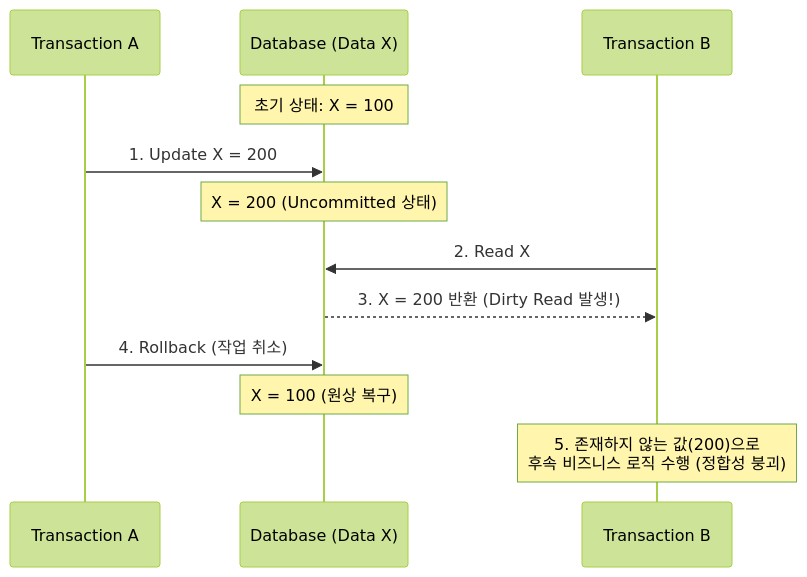
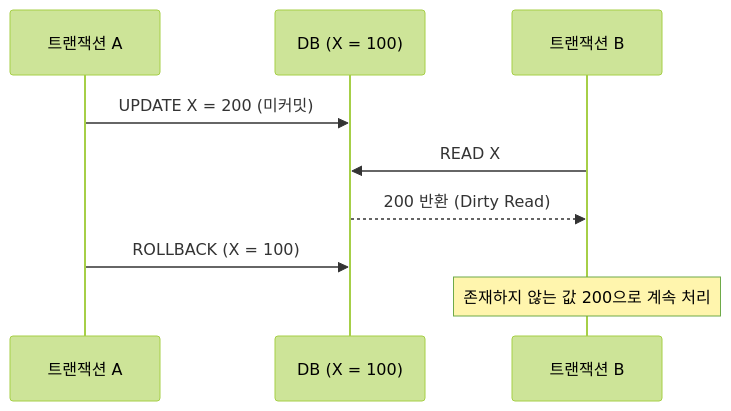
One commit to supremethumb/supremethumb.github.io changed the diagram in content/01_IT Tech/Dirty Read.md. Above: the diagram before and after it, drawn with Mermaid (forest theme). The commit also changed other lines of this file and 1087 other files, not shown here.

````diff
--- a/content/01_IT Tech/Dirty Read.md
+++ b/content/01_IT Tech/Dirty Read.md
@@ -26,19 +35,11 @@
 ```mermaid
 sequenceDiagram
-    participant T1 as Transaction A
-    participant DB as Database (Data X)
-    participant T2 as Transaction B
-
-    Note over DB: 초기 상태: X = 100
-    T1->>DB: 1. Update X = 200
-    Note over DB: X = 200 (Uncommitted 상태)
-    
-    T2->>DB: 2. Read X
-    DB-->>T2: 3. X = 200 반환 (Dirty Read 발생!)
-    
-    T1->>DB: 4. Rollback (작업 취소)
-    Note over DB: X = 100 (원상 복구)
-    
-    Note over T2: 5. 존재하지 않는 값(200)으로<br/>후속 비즈니스 로직 수행 (정합성 붕괴)
-
+    participant A as 트랜잭션 A
+    participant DB as DB (X = 100)
+    participant B as 트랜잭션 B
+    A->>DB: UPDATE X = 200 (미커밋)
+    B->>DB: READ X
+    DB-->>B: 200 반환 (Dirty Read)
+    A->>DB: ROLLBACK (X = 100)
+    Note over B: 존재하지 않는 값 200으로 계속 처리
 ```
````
